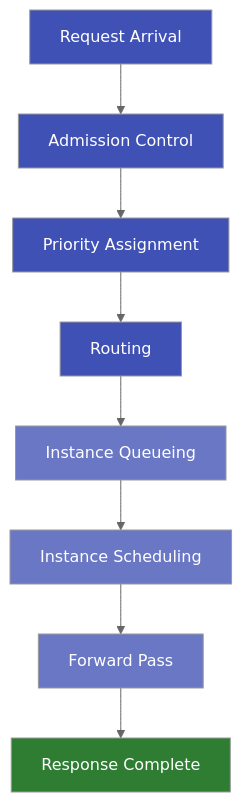
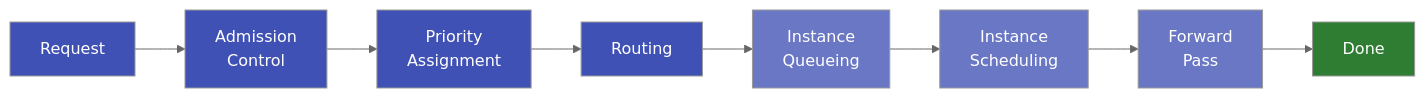
One commit to inference-sim/inference-sim changed the second of 4 diagrams in docs/blog/posts/why-simulate-before-you-scale.md. Above: the diagram before and after it, drawn with Mermaid (neutral theme). The commit also changed other lines of this file, not shown here.

Commit message:
fix(docs): make request lifecycle diagram horizontal
Switch from TD to LR flow for the pipeline stages diagram so it
reads left-to-right in a single row.

````diff
--- a/docs/blog/posts/why-simulate-before-you-scale.md
+++ b/docs/blog/posts/why-simulate-before-you-scale.md
@@ -50,19 +50,13 @@
 ```mermaid
-flowchart TD
-    R["Request Arrival"] --> AC["Admission Control"]
-    AC --> PS["Priority Assignment"]
-    PS --> RT["Routing"]
-    RT --> IQ["Instance Queueing"]
-    IQ --> IS["Instance Scheduling"]
-    IS --> FP["Forward Pass"]
-    FP --> Done["Response Complete"]
+flowchart LR
+    R["Request"] --> AC["Admission<br>Control"] --> PS["Priority<br>Assignment"] --> RT["Routing"] --> IQ["Instance<br>Queueing"] --> IS["Instance<br>Scheduling"] --> FP["Forward<br>Pass"] --> Done["Done"]
 
     style R fill:#4051b5,color:#fff
     style AC fill:#4051b5,color:#fff
     style PS fill:#4051b5,color:#fff
     style RT fill:#4051b5,color:#fff
     style IQ fill:#6a77c4,color:#fff
     style IS fill:#6a77c4,color:#fff
     style FP fill:#6a77c4,color:#fff
     style Done fill:#2e7d32,color:#fff
 ```
````
